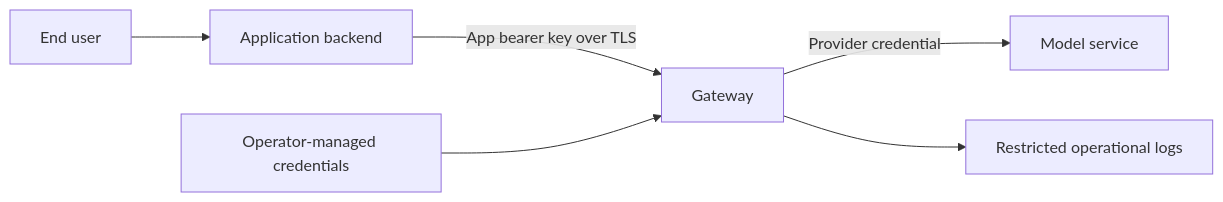
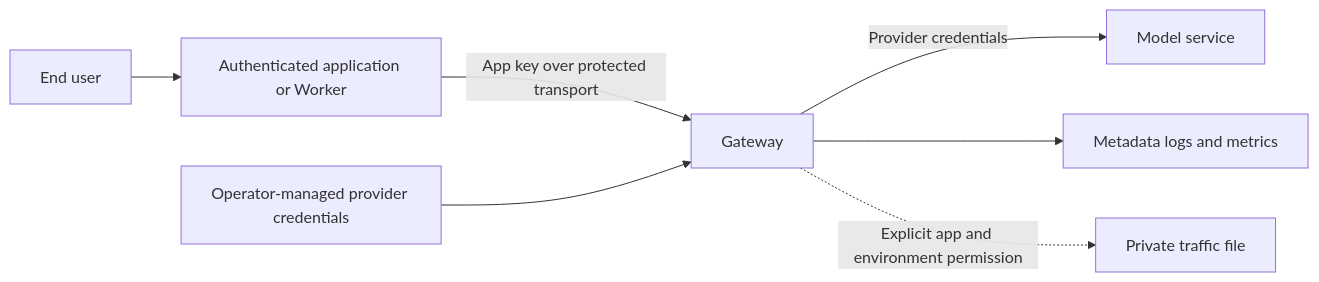
The diagram in docs/security.md (m87techlabs/m87-ai-gateway), drawn with Mermaid before and after one commit. The commit also changed other lines of this file and 52 other files, not shown here.

````diff
--- a/docs/security.md
+++ b/docs/security.md
@@ -5,8 +5,9 @@
 ```mermaid
 flowchart LR
-    User[End user] --> Backend[Application backend]
-    Backend -->|App bearer key over TLS| Gateway[Gateway]
-    Secrets[Operator-managed credentials] --> Gateway
-    Gateway -->|Provider credential| Provider[Model service]
-    Gateway --> SafeLogs[Restricted operational logs]
+    User[End user] --> Backend[Authenticated application or Worker]
+    Backend -->|App key over protected transport| Gateway[Gateway]
+    Secrets[Operator-managed provider credentials] --> Gateway
+    Gateway -->|Provider credentials| Provider[Model service]
+    Gateway --> Metadata[Metadata logs and metrics]
+    Gateway -. Explicit app and environment permission .-> Content[Private traffic file]
 ```
````
